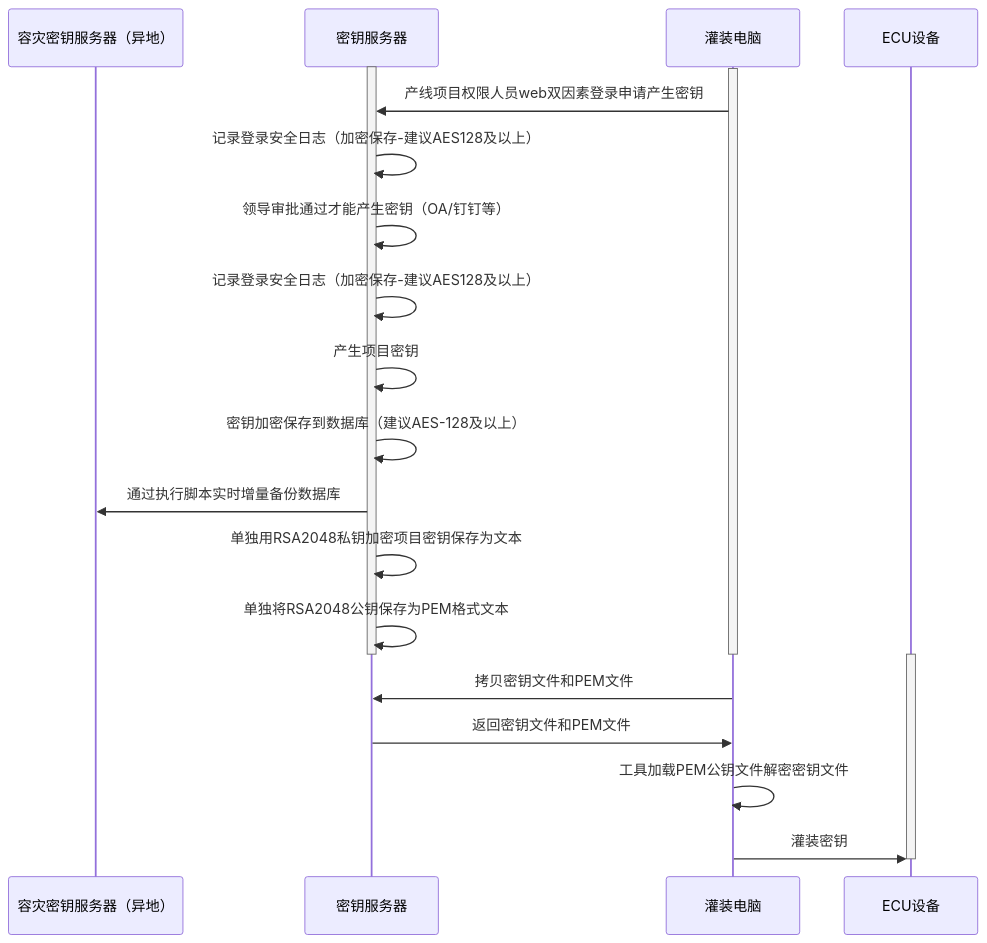
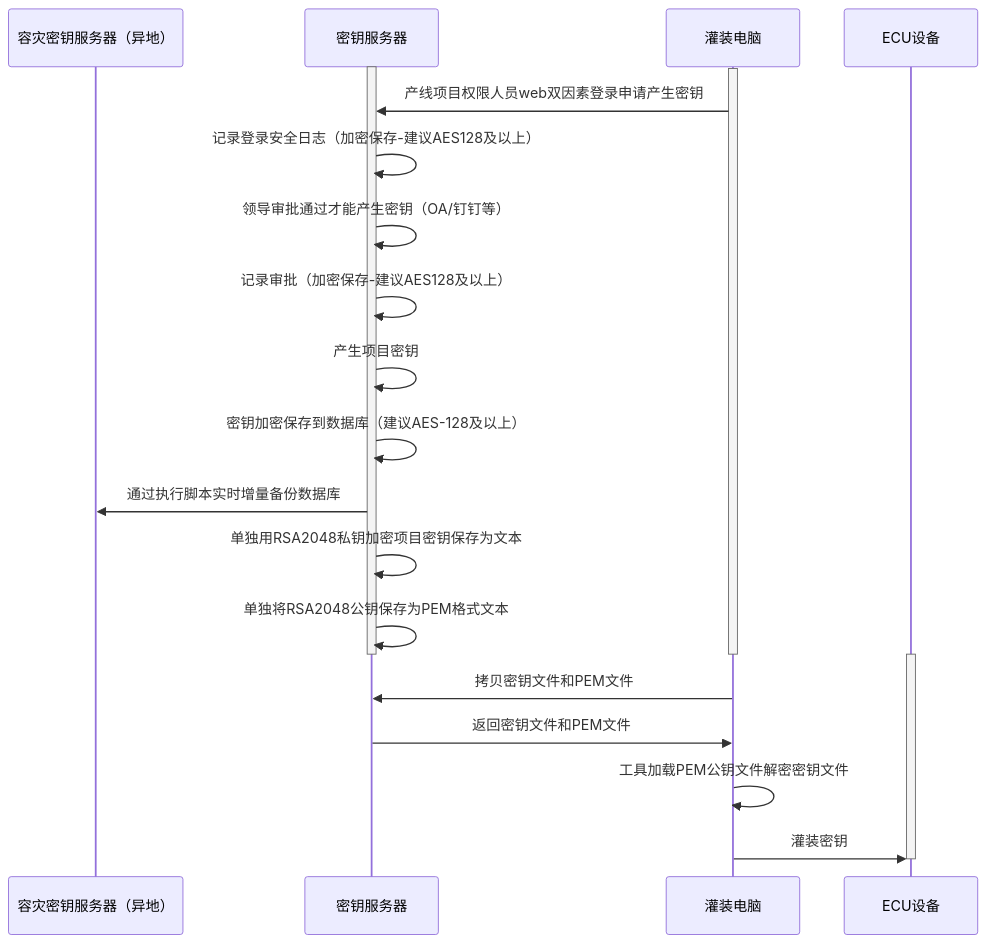
One commit to facebook-cloud/iodraw-files changed the diagram in all/未命名-15.md. Above: the diagram before and after it, drawn with Mermaid.

Commit message:
2026-02-11 19:38:16 update

````diff
--- a/all/未命名-15.md
+++ b/all/未命名-15.md
@@ -1,30 +1,30 @@
 ```mermaid
 sequenceDiagram
     participant A as 容灾密钥服务器（异地）
     participant B as 密钥服务器
     participant D as 灌装电脑
     participant E as ECU设备
 
     activate B
     activate D
     D->>B: 产线项目权限人员web双因素登录申请产生密钥
     B->>B: 记录登录安全日志（加密保存-建议AES128及以上）
     B->>B: 领导审批通过才能产生密钥（OA/钉钉等）
-    B->>B: 记录登录安全日志（加密保存-建议AES128及以上）
+    B->>B: 记录审批（加密保存-建议AES128及以上）
     B->>B: 产生项目密钥
     B->>B: 密钥加密保存到数据库（建议AES-128及以上）
     B->>A: 通过执行脚本实时增量备份数据库
 
     B->>B: 单独用RSA2048私钥加密项目密钥保存为文本
     B->>B: 单独将RSA2048公钥保存为PEM格式文本
     deactivate B
     deactivate D
 
     activate E
     D->>B: 拷贝密钥文件和PEM文件
     B->>D: 返回密钥文件和PEM文件
     D->>D:工具加载PEM公钥文件解密密钥文件
     D->>E: 灌装密钥
     deactivate E
 
 ```
````
